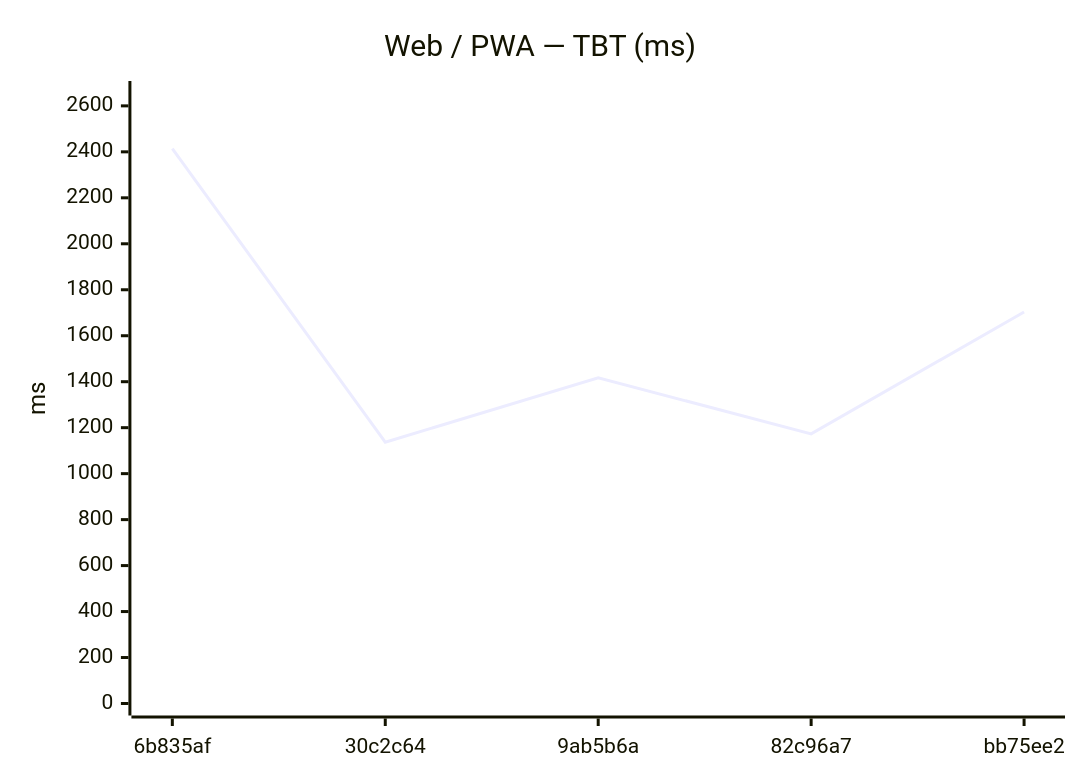
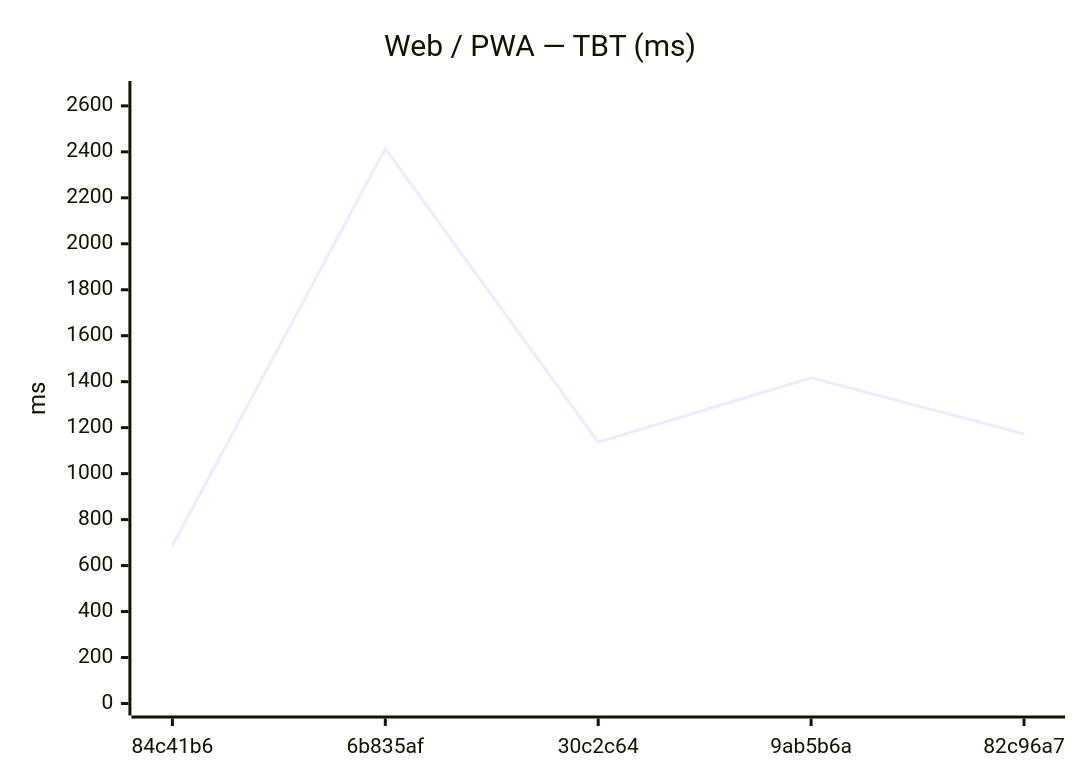
One commit to Metaheurist/Rianell changed the sixth of 12 diagrams in benchmarks/compare.md. Above: the diagram before and after it, drawn with Mermaid. The commit also changed other lines of this file and 8 other files, not shown here.

````diff
--- a/benchmarks/compare.md
+++ b/benchmarks/compare.md
@@ -89,7 +89,7 @@
 ```mermaid
 xychart-beta
     title "Web / PWA — TBT (ms)"
-    x-axis ["6b835af", "30c2c64", "9ab5b6a", "82c96a7", "bb75ee2"]
+    x-axis ["84c41b6", "6b835af", "30c2c64", "9ab5b6a", "82c96a7"]
     y-axis "ms" 0 --> 2656
-    line [2414, 1137, 1417, 1173, 1703]
+    line [687, 2414, 1137, 1417, 1173]
 ```
````
